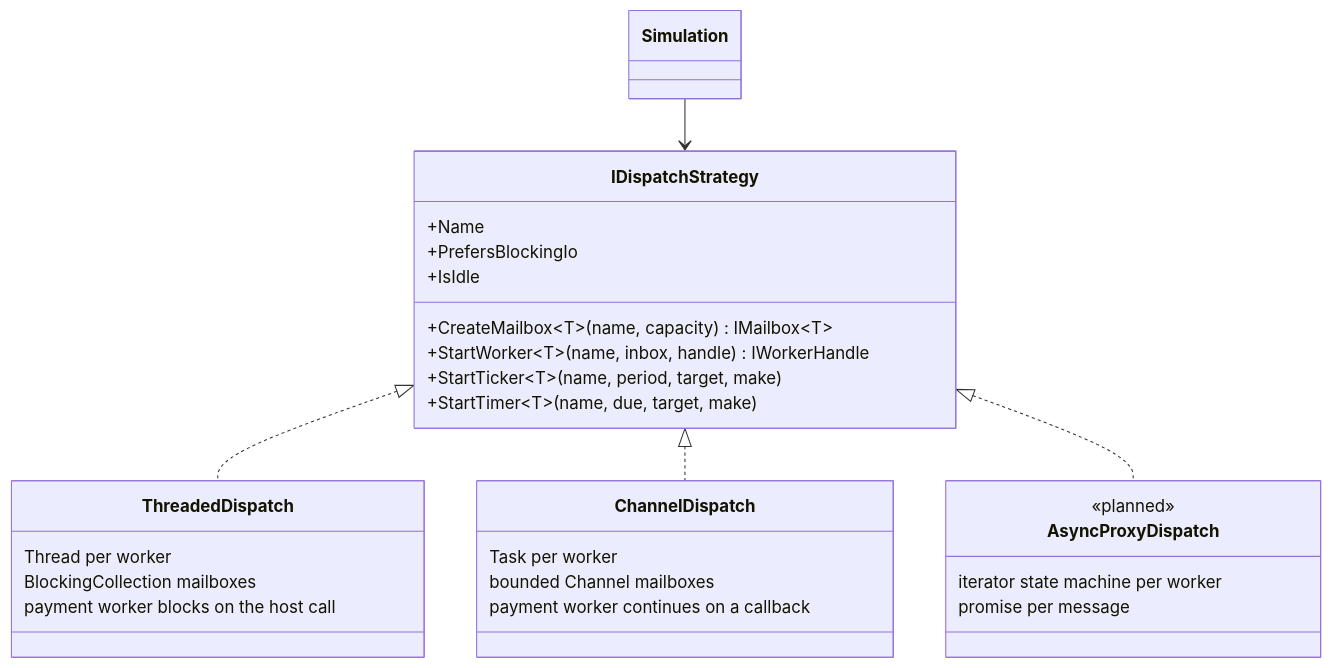
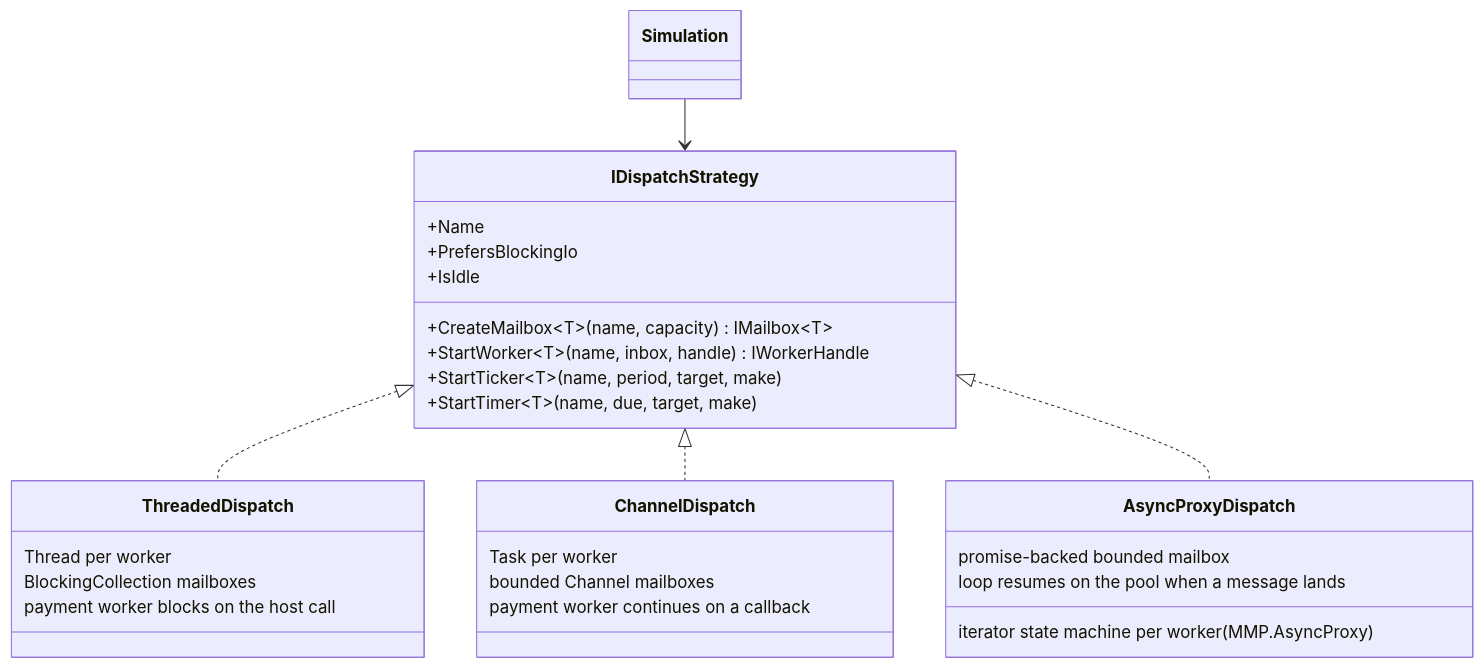
One commit to mmpworks/MMP.GasPumpSimulator changed the third of 4 diagrams in docs/architecture.md. Above: the diagram before and after it, drawn with Mermaid. The commit also changed other lines of this file and 7 other files, not shown here.

First line of the commit message:
feat: AsyncProxyDispatch, the third strategy, on MMP.AsyncProxy

````diff
--- a/docs/architecture.md
+++ b/docs/architecture.md
@@ -104,31 +104,31 @@
 ```mermaid
 classDiagram
     class IDispatchStrategy {
         +Name
         +PrefersBlockingIo
         +CreateMailbox~T~(name, capacity) IMailbox~T~
         +StartWorker~T~(name, inbox, handle) IWorkerHandle
         +StartTicker~T~(name, period, target, make)
         +StartTimer~T~(name, due, target, make)
         +IsIdle
     }
     class ThreadedDispatch {
         Thread per worker
         BlockingCollection mailboxes
         payment worker blocks on the host call
     }
     class ChannelDispatch {
         Task per worker
         bounded Channel mailboxes
         payment worker continues on a callback
     }
     class AsyncProxyDispatch {
-        <<planned>>
-        iterator state machine per worker
-        promise per message
+        iterator state machine per worker (MMP.AsyncProxy)
+        promise-backed bounded mailbox
+        loop resumes on the pool when a message lands
     }
     IDispatchStrategy <|.. ThreadedDispatch
     IDispatchStrategy <|.. ChannelDispatch
     IDispatchStrategy <|.. AsyncProxyDispatch
     Simulation --> IDispatchStrategy
 ```
````
